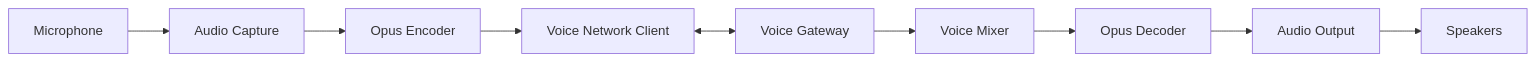
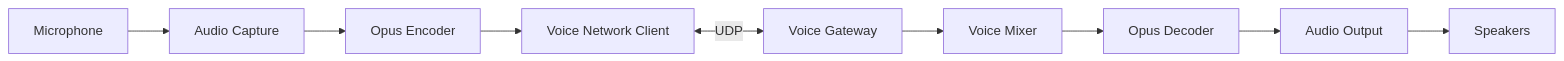
One commit to JMThomas00/Concord changed the third of 3 diagrams in Technical Architecture Diagram.md. Above: the diagram before and after it, drawn with Mermaid. The commit also changed other lines of this file and 7 other files, not shown here.

````diff
--- a/Technical Architecture Diagram.md
+++ b/Technical Architecture Diagram.md
@@ -303,14 +294,14 @@
 ```mermaid
 flowchart LR
     Mic[Microphone] --> Capture[Audio Capture]
     Capture --> Encode[Opus Encoder]
     Encode --> VNet[Voice Network Client]
 
-    VNet <--> VGateway[Voice Gateway]
+    VNet <-->|UDP| VGateway[Voice Gateway]
 
     VGateway --> Mix[Voice Mixer]
     Mix --> Decode[Opus Decoder]
     Decode --> Playback[Audio Output]
 
-    Playback --> Speakers
+    Playback --> Speakers[Speakers]
 ```
````
